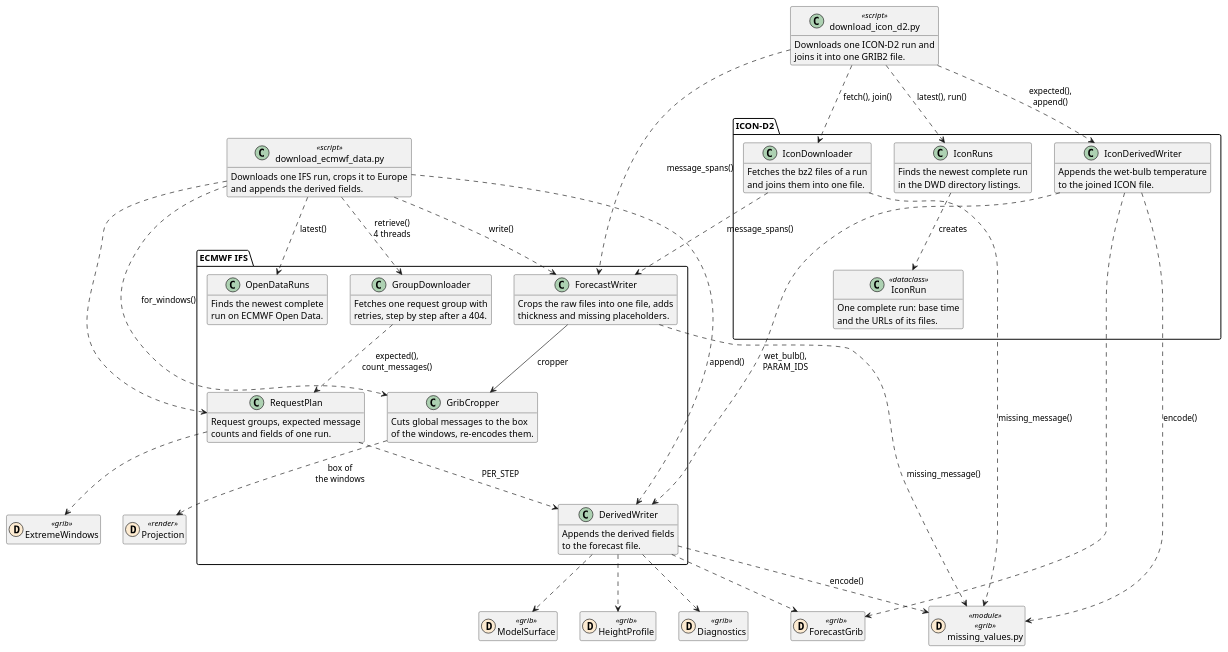
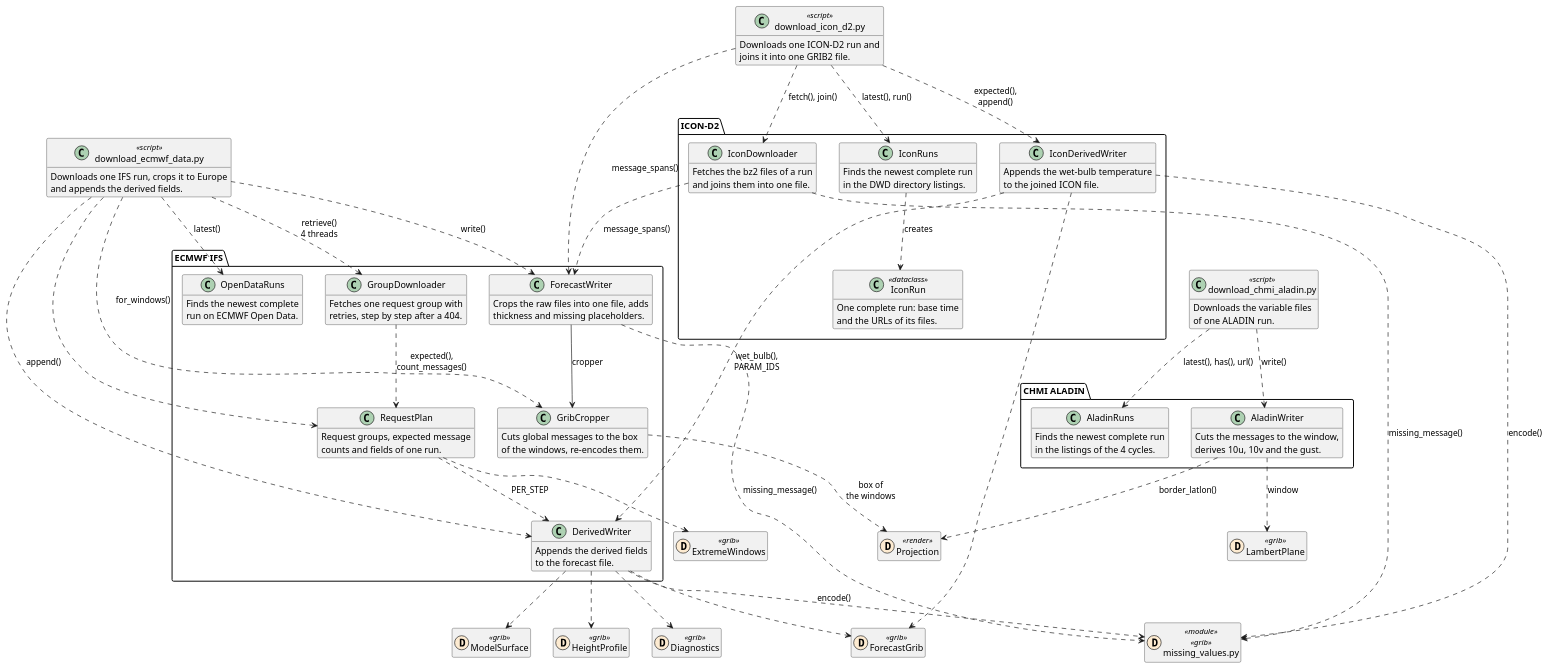
Before and after one commit to schletz/wetterkartenviewer: the third of 5 diagrams in REFERENCE.scripts.md, drawn with PlantUML. The commit also changed other lines of this file and 52 other files, not shown here.

First line of the commit message:
Add CHMI ALADIN maps for Austria and Hungary [skip ci]

```diff
--- a/REFERENCE.scripts.md
+++ b/REFERENCE.scripts.md
@@ -237,6 +258,20 @@
 class "download_icon_d2.py" as download_icon <<script>> {
  Downloads one ICON-D2 run and
  joins it into one GRIB2 file.
+}
+class "download_chmi_aladin.py" as download_aladin <<script>> {
+ Downloads the variable files
+ of one ALADIN run.
+}
+package "CHMI ALADIN" {
+ class AladinRuns {
+ Finds the newest complete run
+ in the listings of the 4 cycles.
+ }
+ class AladinWriter {
+ Cuts the messages to the window,
+ derives 10u, 10v and the gust.
+ }
 }
 package "ECMWF IFS" {
  class OpenDataRuns {
@@ -289,6 +324,11 @@
 class HeightProfile << (D,#fdebd1) grib >>
 class Diagnostics << (D,#fdebd1) grib >>
 class Projection << (D,#fdebd1) render >>
+class LambertPlane << (D,#fdebd1) grib >>
+download_aladin ..> AladinRuns : latest(), has(), url()
+download_aladin ..> AladinWriter : write()
+AladinWriter ..> LambertPlane : window
+AladinWriter ..> Projection : border_latlon()
 download_ecmwf ..> OpenDataRuns : latest()
 download_ecmwf ..> RequestPlan
 download_ecmwf ..> GroupDownloader : retrieve()\n4 threads
```
